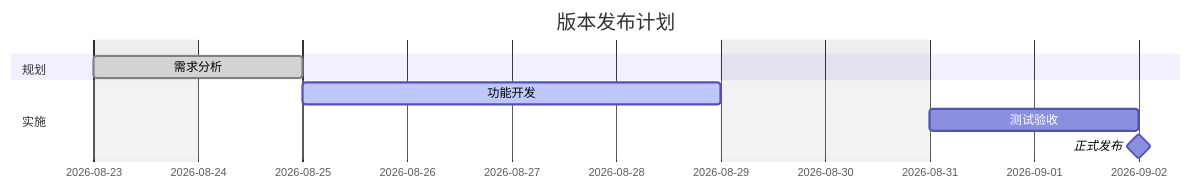
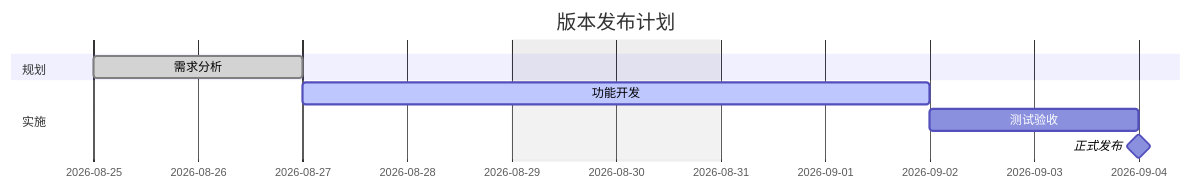
Before and after one commit to liuhang798/quillite-markdown: the third of 22 diagrams in docs/reference/图表案例.MD, drawn with Mermaid. The commit also changed 63 other files, not shown here.

Commit message:
发布 v2.6.0 图床、表格与导出增强

````diff
--- a/docs/reference/图表案例.MD
+++ b/docs/reference/图表案例.MD
@@ -62,12 +62,12 @@
 ```mermaid
 gantt
     title 版本发布计划
     dateFormat YYYY-MM-DD
     excludes weekends
     section 规划
-    需求分析 :done, plan, 2026-08-23, 2d
+    需求分析 :done, plan, 2026-08-25, 2d
     section 实施
     功能开发 :active, dev, after plan, 4d
     测试验收 :test, after dev, 2d
     正式发布 :milestone, release, after test, 0d
 ```
````
